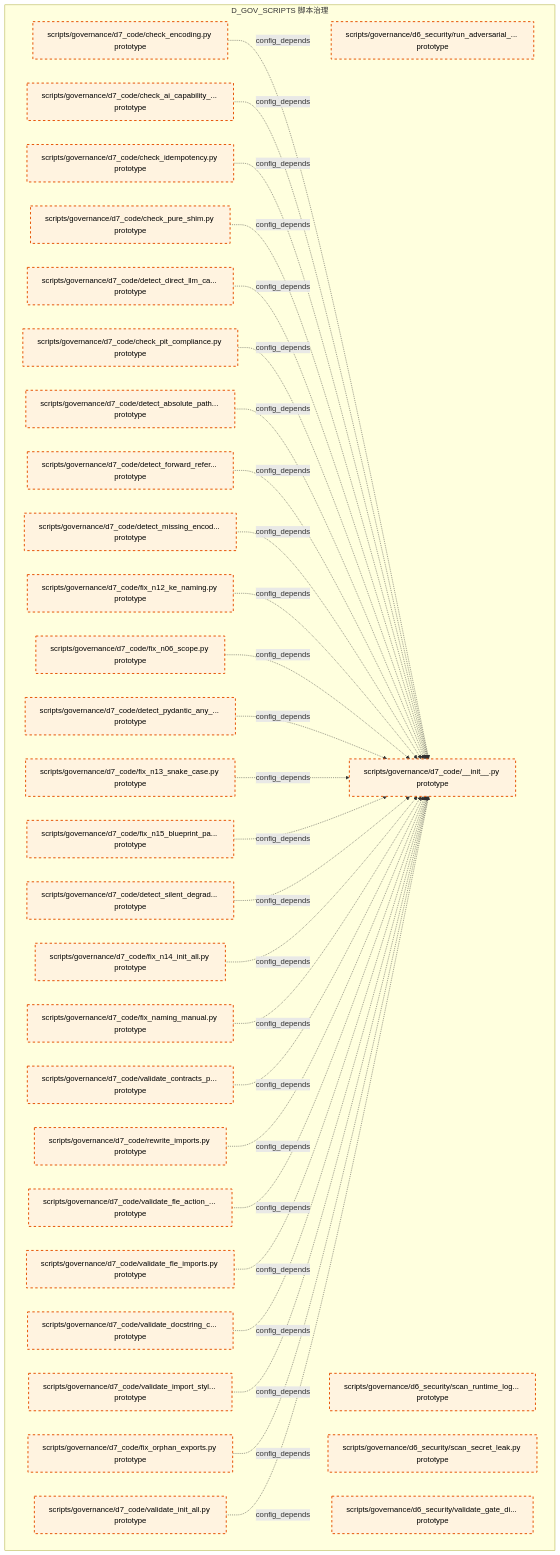
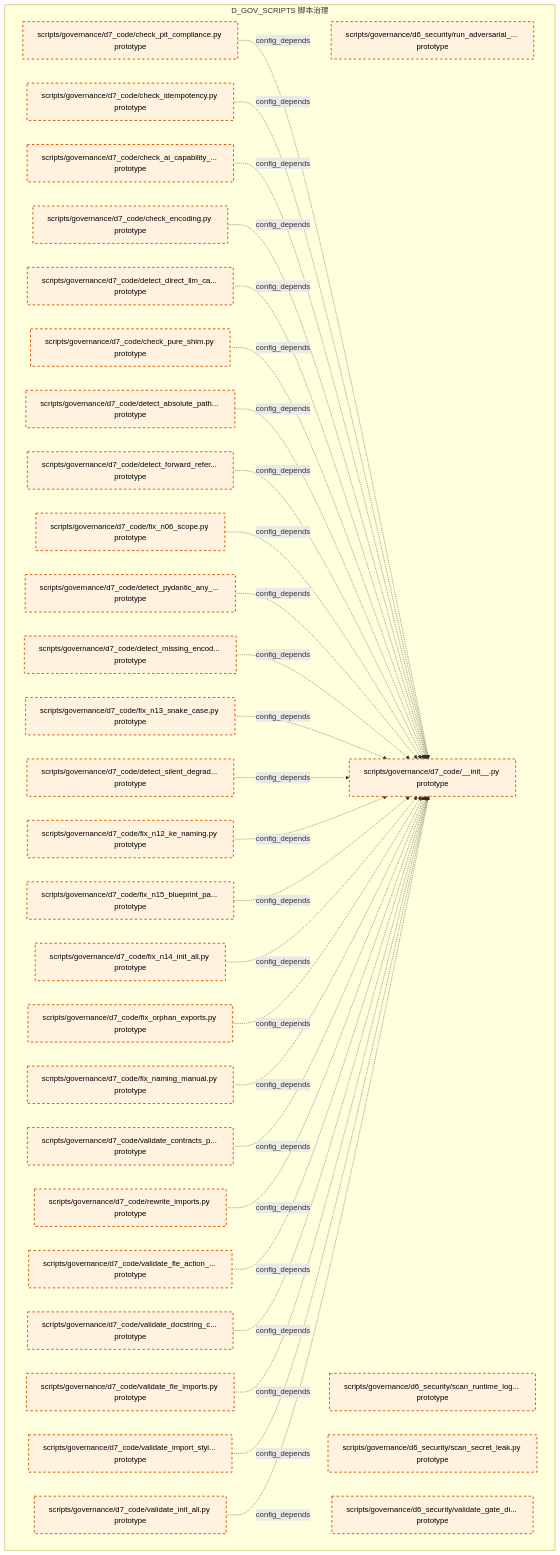
Before and after one commit to xuanFelixVan/ZephyrAlpha: the tenth of 15 diagrams in docs/02_enterprise_architecture/02_domain_architecture_docs/39_d_gov_scripts.md, drawn with Mermaid. The commit also changed other lines of this file and 105 other files, not shown here.

````diff
--- a/docs/02_enterprise_architecture/02_domain_architecture_docs/39_d_gov_scripts.md
+++ b/docs/02_enterprise_architecture/02_domain_architecture_docs/39_d_gov_scripts.md
@@ -699,65 +702,65 @@
 ```mermaid
 graph TD
     subgraph D_GOV_SCRIPTS["D_GOV_SCRIPTS 脚本治理"]
         scripts_governance_d6_security_run_adversarial_checks_py["scripts/governance/d6_security/run_adversarial_... prototype"]
         scripts_governance_d6_security_scan_runtime_log_secrets_py["scripts/governance/d6_security/scan_runtime_log... prototype"]
         scripts_governance_d6_security_scan_secret_leak_py["scripts/governance/d6_security/scan_secret_leak.py prototype"]
         scripts_governance_d6_security_validate_gate_discipline_py["scripts/governance/d6_security/validate_gate_di... prototype"]
         scripts_governance_d7_code_init_py["scripts/governance/d7_code/__init__.py prototype"]
         scripts_governance_d7_code_check_ai_capability_boundary_py["scripts/governance/d7_code/check_ai_capability_... prototype"]
         scripts_governance_d7_code_check_encoding_py["scripts/governance/d7_code/check_encoding.py prototype"]
         scripts_governance_d7_code_check_idempotency_py["scripts/governance/d7_code/check_idempotency.py prototype"]
         scripts_governance_d7_code_check_pit_compliance_py["scripts/governance/d7_code/check_pit_compliance.py prototype"]
         scripts_governance_d7_code_check_pure_shim_py["scripts/governance/d7_code/check_pure_shim.py prototype"]
         scripts_governance_d7_code_detect_absolute_path_hardcoding_py["scripts/governance/d7_code/detect_absolute_path... prototype"]
         scripts_governance_d7_code_detect_direct_llm_calls_py["scripts/governance/d7_code/detect_direct_llm_ca... prototype"]
         scripts_governance_d7_code_detect_forward_reference_py["scripts/governance/d7_code/detect_forward_refer... prototype"]
         scripts_governance_d7_code_detect_missing_encoding_py["scripts/governance/d7_code/detect_missing_encod... prototype"]
         scripts_governance_d7_code_detect_pydantic_any_fields_py["scripts/governance/d7_code/detect_pydantic_any_... prototype"]
         scripts_governance_d7_code_detect_silent_degradation_py["scripts/governance/d7_code/detect_silent_degrad... prototype"]
         scripts_governance_d7_code_fix_n06_scope_py["scripts/governance/d7_code/fix_n06_scope.py prototype"]
         scripts_governance_d7_code_fix_n12_ke_naming_py["scripts/governance/d7_code/fix_n12_ke_naming.py prototype"]
         scripts_governance_d7_code_fix_n13_snake_case_py["scripts/governance/d7_code/fix_n13_snake_case.py prototype"]
         scripts_governance_d7_code_fix_n14_init_all_py["scripts/governance/d7_code/fix_n14_init_all.py prototype"]
         scripts_governance_d7_code_fix_n15_blueprint_path_py["scripts/governance/d7_code/fix_n15_blueprint_pa... prototype"]
         scripts_governance_d7_code_fix_naming_manual_py["scripts/governance/d7_code/fix_naming_manual.py prototype"]
         scripts_governance_d7_code_fix_orphan_exports_py["scripts/governance/d7_code/fix_orphan_exports.py prototype"]
         scripts_governance_d7_code_rewrite_imports_py["scripts/governance/d7_code/rewrite_imports.py prototype"]
         scripts_governance_d7_code_validate_contracts_purity_py["scripts/governance/d7_code/validate_contracts_p... prototype"]
         scripts_governance_d7_code_validate_docstring_coverage_py["scripts/governance/d7_code/validate_docstring_c... prototype"]
         scripts_governance_d7_code_validate_fle_action_metadata_py["scripts/governance/d7_code/validate_fle_action_... prototype"]
         scripts_governance_d7_code_validate_fle_imports_py["scripts/governance/d7_code/validate_fle_imports.py prototype"]
         scripts_governance_d7_code_validate_import_style_py["scripts/governance/d7_code/validate_import_styl... prototype"]
         scripts_governance_d7_code_validate_init_all_py["scripts/governance/d7_code/validate_init_all.py prototype"]
     end
+    scripts_governance_d7_code_check_pit_compliance_py -.->|config_depends| scripts_governance_d7_code_init_py
+    scripts_governance_d7_code_check_idempotency_py -.->|config_depends| scripts_governance_d7_code_init_py
+    scripts_governance_d7_code_check_ai_capability_boundary_py -.->|config_depends| scripts_governance_d7_code_init_py
     scripts_governance_d7_code_check_encoding_py -.->|config_depends| scripts_governance_d7_code_init_py
-    scripts_governance_d7_code_check_ai_capability_boundary_py -.->|config_depends| scripts_governance_d7_code_init_py
-    scripts_governance_d7_code_check_idempotency_py -.->|config_depends| scripts_governance_d7_code_init_py
+    scripts_governance_d7_code_detect_direct_llm_calls_py -.->|config_depends| scripts_governance_d7_code_init_py
     scripts_governance_d7_code_check_pure_shim_py -.->|config_depends| scripts_governance_d7_code_init_py
-    scripts_governance_d7_code_detect_direct_llm_calls_py -.->|config_depends| scripts_governance_d7_code_init_py
-    scripts_governance_d7_code_check_pit_compliance_py -.->|config_depends| scripts_governance_d7_code_init_py
     scripts_governance_d7_code_detect_absolute_path_hardcoding_py -.->|config_depends| scripts_governance_d7_code_init_py
     scripts_governance_d7_code_detect_forward_reference_py -.->|config_depends| scripts_governance_d7_code_init_py
-    scripts_governance_d7_code_detect_missing_encoding_py -.->|config_depends| scripts_governance_d7_code_init_py
-    scripts_governance_d7_code_fix_n12_ke_naming_py -.->|config_depends| scripts_governance_d7_code_init_py
     scripts_governance_d7_code_fix_n06_scope_py -.->|config_depends| scripts_governance_d7_code_init_py
     scripts_governance_d7_code_detect_pydantic_any_fields_py -.->|config_depends| scripts_governance_d7_code_init_py
+    scripts_governance_d7_code_detect_missing_encoding_py -.->|config_depends| scripts_governance_d7_code_init_py
     scripts_governance_d7_code_fix_n13_snake_case_py -.->|config_depends| scripts_governance_d7_code_init_py
+    scripts_governance_d7_code_detect_silent_degradation_py -.->|config_depends| scripts_governance_d7_code_init_py
+    scripts_governance_d7_code_fix_n12_ke_naming_py -.->|config_depends| scripts_governance_d7_code_init_py
     scripts_governance_d7_code_fix_n15_blueprint_path_py -.->|config_depends| scripts_governance_d7_code_init_py
-    scripts_governance_d7_code_detect_silent_degradation_py -.->|config_depends| scripts_governance_d7_code_init_py
     scripts_governance_d7_code_fix_n14_init_all_py -.->|config_depends| scripts_governance_d7_code_init_py
+    scripts_governance_d7_code_fix_orphan_exports_py -.->|config_depends| scripts_governance_d7_code_init_py
     scripts_governance_d7_code_fix_naming_manual_py -.->|config_depends| scripts_governance_d7_code_init_py
     scripts_governance_d7_code_validate_contracts_purity_py -.->|config_depends| scripts_governance_d7_code_init_py
     scripts_governance_d7_code_rewrite_imports_py -.->|config_depends| scripts_governance_d7_code_init_py
     scripts_governance_d7_code_validate_fle_action_metadata_py -.->|config_depends| scripts_governance_d7_code_init_py
+    scripts_governance_d7_code_validate_docstring_coverage_py -.->|config_depends| scripts_governance_d7_code_init_py
     scripts_governance_d7_code_validate_fle_imports_py -.->|config_depends| scripts_governance_d7_code_init_py
-    scripts_governance_d7_code_validate_docstring_coverage_py -.->|config_depends| scripts_governance_d7_code_init_py
     scripts_governance_d7_code_validate_import_style_py -.->|config_depends| scripts_governance_d7_code_init_py
-    scripts_governance_d7_code_fix_orphan_exports_py -.->|config_depends| scripts_governance_d7_code_init_py
     scripts_governance_d7_code_validate_init_all_py -.->|config_depends| scripts_governance_d7_code_init_py
     classDef production fill:#e1f5fe,stroke:#01579b,stroke-width:2px,color:#000
     classDef design fill:#fff3e0,stroke:#e65100,stroke-width:2px,color:#000,stroke-dasharray: 5 5
     classDef external_prod fill:#e8f5e9,stroke:#1b5e20,stroke-width:1px,color:#000
     classDef external_design fill:#fce4ec,stroke:#880e4f,stroke-width:1px,color:#000,stroke-dasharray: 5 5
     class scripts_governance_d6_security_run_adversarial_checks_py,scripts_governance_d6_security_scan_runtime_log_secrets_py,scripts_governance_d6_security_scan_secret_leak_py,scripts_governance_d6_security_validate_gate_discipline_py,scripts_governance_d7_code_init_py,scripts_governance_d7_code_check_ai_capability_boundary_py,scripts_governance_d7_code_check_encoding_py,scripts_governance_d7_code_check_idempotency_py,scripts_governance_d7_code_check_pit_compliance_py,scripts_governance_d7_code_check_pure_shim_py,scripts_governance_d7_code_detect_absolute_path_hardcoding_py,scripts_governance_d7_code_detect_direct_llm_calls_py,scripts_governance_d7_code_detect_forward_reference_py,scripts_governance_d7_code_detect_missing_encoding_py,scripts_governance_d7_code_detect_pydantic_any_fields_py,scripts_governance_d7_code_detect_silent_degradation_py,scripts_governance_d7_code_fix_n06_scope_py,scripts_governance_d7_code_fix_n12_ke_naming_py,scripts_governance_d7_code_fix_n13_snake_case_py,scripts_governance_d7_code_fix_n14_init_all_py,scripts_governance_d7_code_fix_n15_blueprint_path_py,scripts_governance_d7_code_fix_naming_manual_py,scripts_governance_d7_code_fix_orphan_exports_py,scripts_governance_d7_code_rewrite_imports_py,scripts_governance_d7_code_validate_contracts_purity_py,scripts_governance_d7_code_validate_docstring_coverage_py,scripts_governance_d7_code_validate_fle_action_metadata_py,scripts_governance_d7_code_validate_fle_imports_py,scripts_governance_d7_code_validate_import_style_py,scripts_governance_d7_code_validate_init_all_py design
 ```
````
